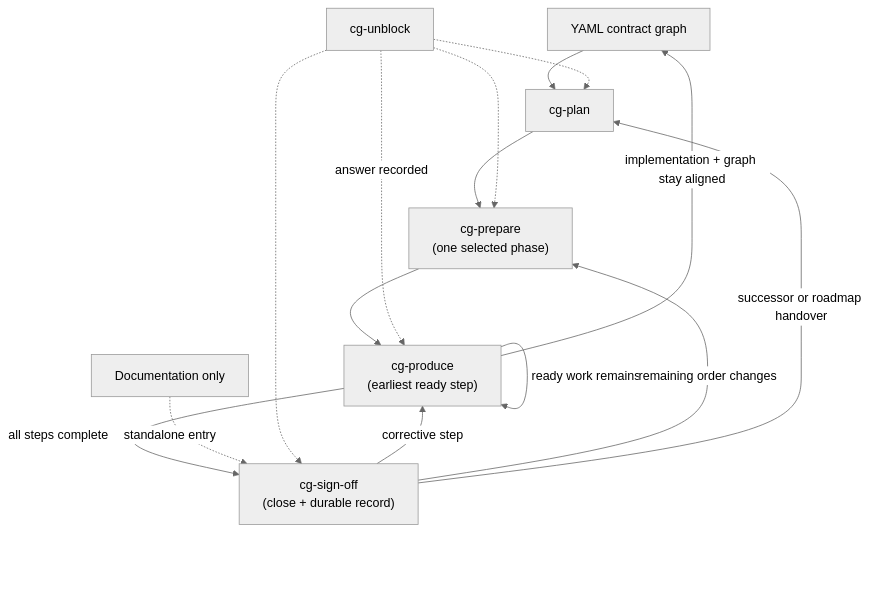
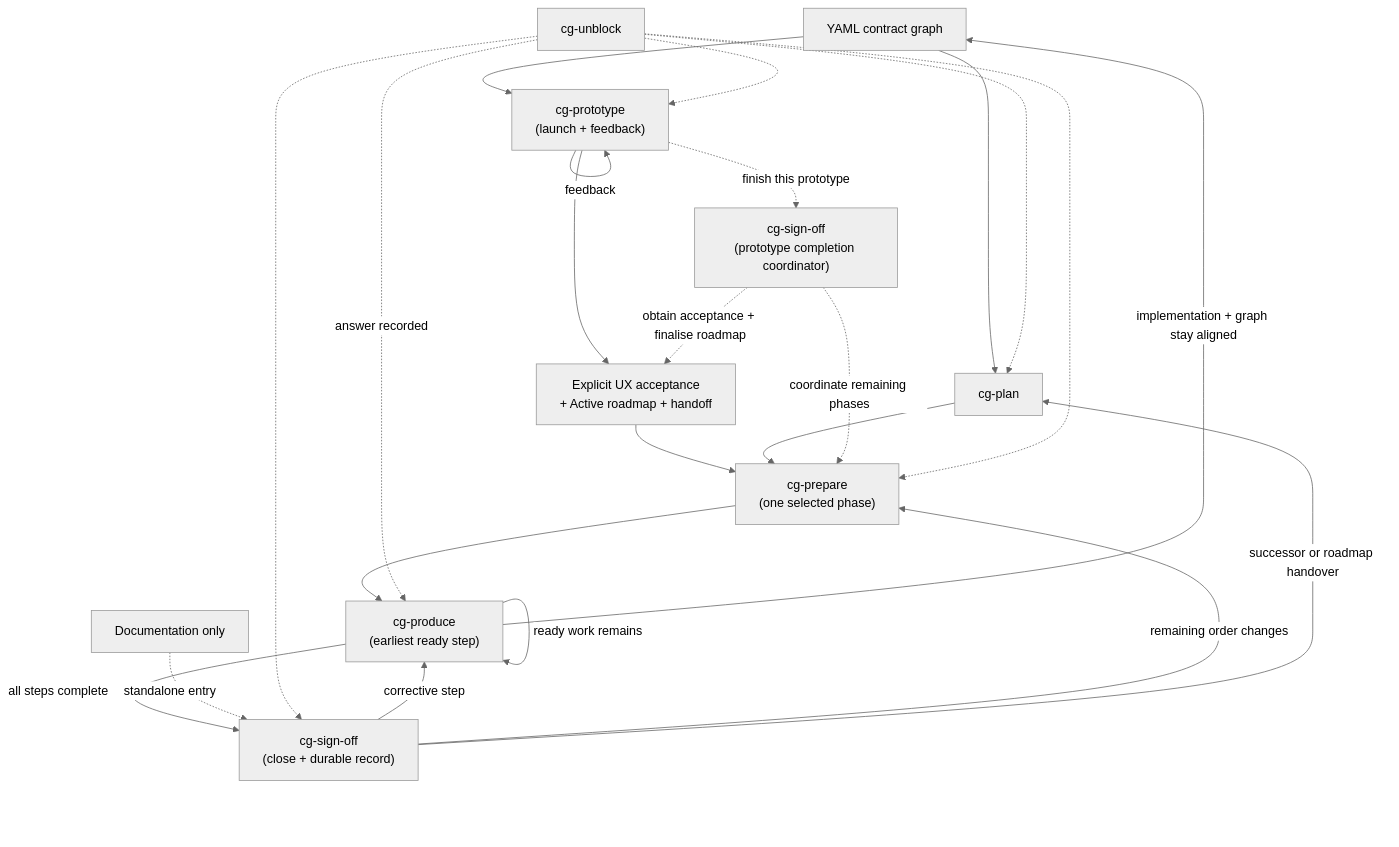
One commit to sarada-io/contract-graph changed the diagram in docs/lifecycle.md. Above: the diagram before and after it, drawn with Mermaid (neutral theme). The commit also changed other lines of this file and 103 other files, not shown here.

````diff
--- a/docs/lifecycle.md
+++ b/docs/lifecycle.md
@@ -84,17 +93,25 @@
 ```mermaid
 flowchart TD
     Contracts["YAML contract graph"] --> Plan["cg-plan"]
-    Plan --> Prepare["cg-prepare<br/>(one selected phase)"]
+    Contracts --> Prototype["cg-prototype<br/>(launch + feedback)"]
+    Prototype -->|"feedback"| Prototype
+    Prototype --> Accept["Explicit UX acceptance<br/>+ Active roadmap + handoff"]
+    Accept --> Prepare["cg-prepare<br/>(one selected phase)"]
+    Plan --> Prepare
+    Prototype -.->|"finish this prototype"| Completion["cg-sign-off<br/>(prototype completion coordinator)"]
+    Completion -.->|"obtain acceptance + finalise roadmap"| Accept
+    Completion -.->|"coordinate remaining phases"| Prepare
     Prepare --> Produce["cg-produce<br/>(earliest ready step)"]
     Produce -->|"ready work remains"| Produce
     Produce -->|"all steps complete"| SignOff["cg-sign-off<br/>(close + durable record)"]
     SignOff -->|"corrective step"| Produce
     SignOff -->|"remaining order changes"| Prepare
     Produce -->|"implementation + graph stay aligned"| Contracts
     SignOff -->|"successor or roadmap handover"| Plan
     Docs["Documentation only"] -.->|"standalone entry"| SignOff
     Unblock["cg-unblock"] -.-> Plan
+    Unblock -.-> Prototype
     Unblock -.-> Prepare
     Unblock -.->|"answer recorded"| Produce
     Unblock -.-> SignOff
 ```
````
